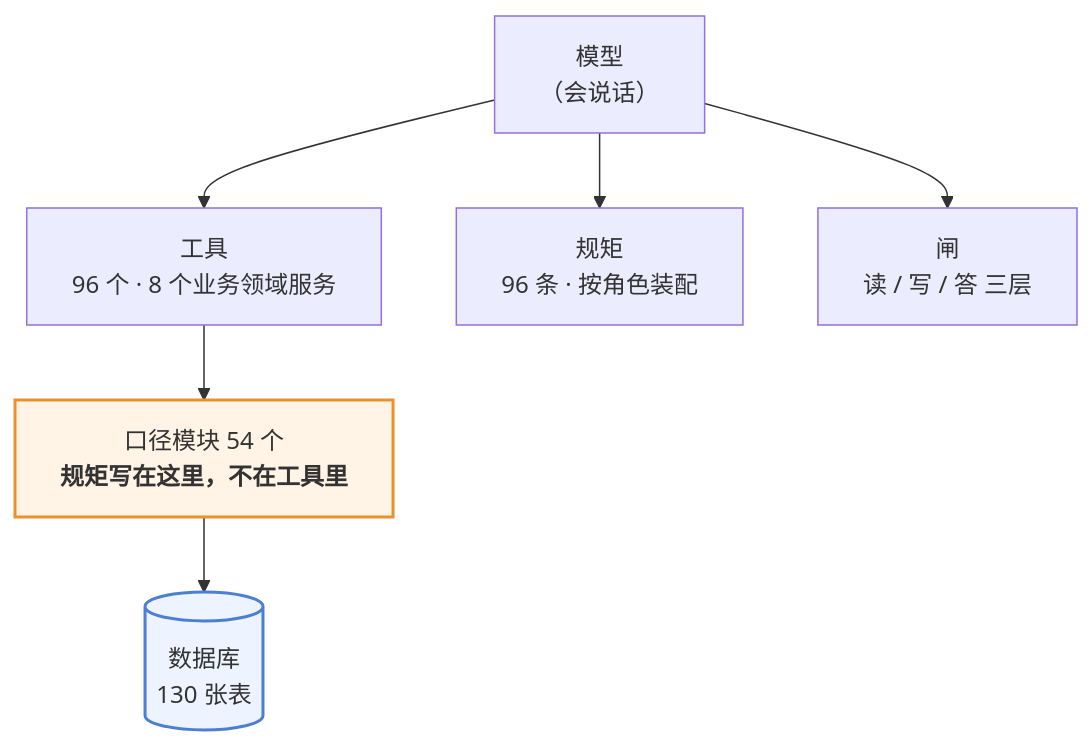
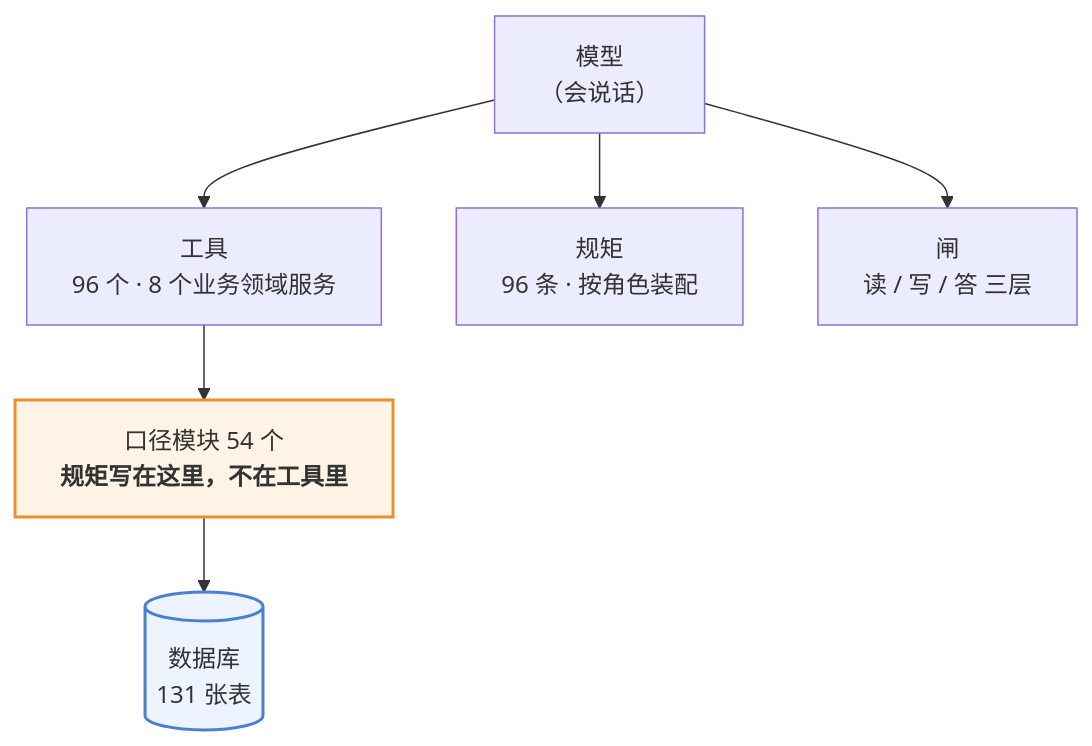
The first of 3 diagrams in 澜绣云裳agent-产品说明.md (843773296-rgb/lanxiu-yunshang-agent), drawn with Mermaid before and after one commit. The commit also changed other lines of this file and 9 other files, not shown here.

````diff
--- a/澜绣云裳agent-产品说明.md
+++ b/澜绣云裳agent-产品说明.md
@@ -62,12 +62,12 @@
 ```mermaid
 flowchart TD
     M["模型<br/>（会说话）"]
     M --> T["工具<br/>96 个 · 8 个业务领域服务"]
     M --> R["规矩<br/>96 条 · 按角色装配"]
     M --> G["闸<br/>读 / 写 / 答 三层"]
     T --> K["口径模块 54 个<br/><b>规矩写在这里，不在工具里</b>"]
-    K --> DB[("数据库<br/>130 张表")]
+    K --> DB[("数据库<br/>131 张表")]
 
     style K fill:#fff4e6,stroke:#e8912d,stroke-width:2px
     style DB fill:#eef4ff,stroke:#4a7fd4,stroke-width:2px
 ```
````
